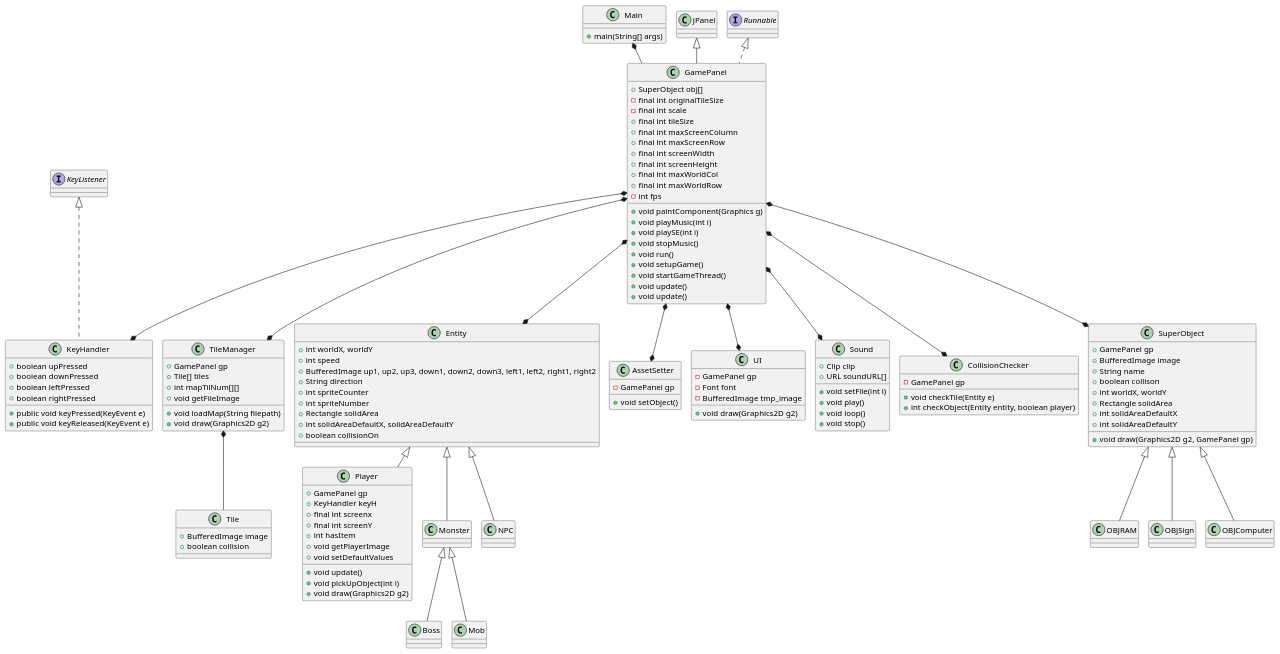
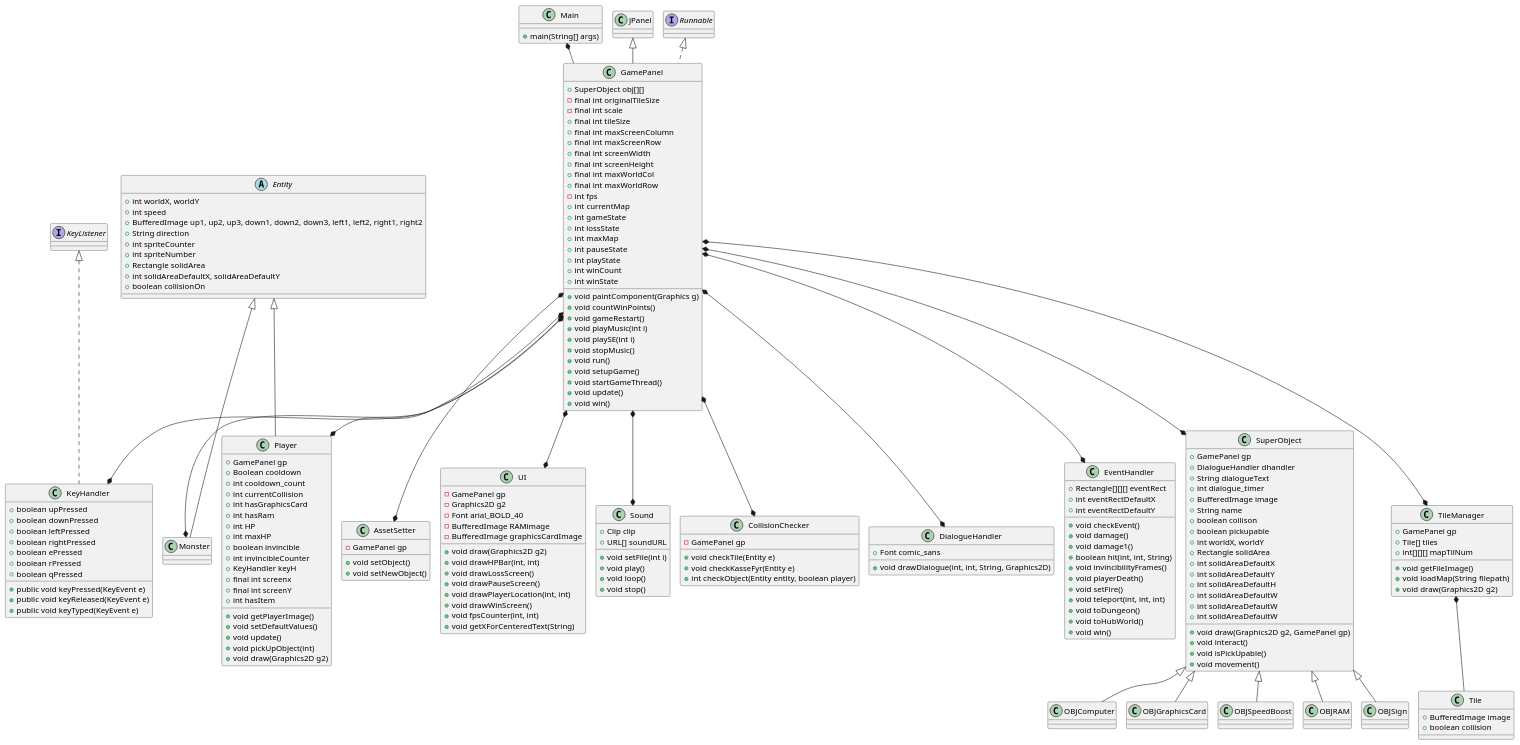
The diagram in Documentation/SP4classDiagram.puml (cph-oo221/SP4), drawn with PlantUML before and after one commit. The commit also changed 2 other files, not shown here.

```diff
--- a/Documentation/SP4classDiagram.puml
+++ b/Documentation/SP4classDiagram.puml
@@ -1,131 +1,198 @@
 @startuml
 'https://plantuml.com/class-diagram
 !pragma layout smetana
 
 class Main
 class GamePanel extends JPanel implements Runnable
 
 class Tile
 class TileManager
 
 class KeyHandler implements KeyListener
 
-class Entity
+abstract class Entity
 class Player extends Entity
 class Monster extends Entity
-class NPC extends Entity
-class Boss extends Monster
-class Mob extends Monster
 class AssetSetter
 class UI
 class Sound
 class CollisionChecker
+class DialogueHandler
+class EventHandler
 
 class SuperObject
 class OBJRAM extends SuperObject
 class OBJSign extends SuperObject
 class OBJComputer extends SuperObject
+class OBJGraphicsCard extends SuperObject
+class OBJSpeedBoost extends SuperObject
 
 Main *-- GamePanel
 GamePanel *--* TileManager
-GamePanel *--* Entity
+GamePanel *--* Monster
 GamePanel *--* SuperObject
 GamePanel *--* KeyHandler
 GamePanel *--* AssetSetter
 GamePanel *--* UI
 GamePanel *--* Sound
 GamePanel *--* CollisionChecker
+GamePanel *--* EventHandler
 TileManager *-- Tile
+GamePanel *--* DialogueHandler
+GamePanel *--* Player
 
 Main : + main(String[] args)
 
-GamePanel : + SuperObject obj[]
+GamePanel : + SuperObject obj[][]
 GamePanel : - final int originalTileSize
 GamePanel : - final int scale
 GamePanel : + final int tileSize
 GamePanel : + final int maxScreenColumn
 GamePanel : + final int maxScreenRow
 GamePanel : + final int screenWidth
 GamePanel : + final int screenHeight
 GamePanel : + final int maxWorldCol
 GamePanel : + final int maxWorldRow
 GamePanel : - int fps
+GamePanel : + int currentMap
+GamePanel : + int gameState
+GamePanel : + int lossState
+GamePanel : + int maxMap
+GamePanel : + int pauseState
+GamePanel : + int playState
+GamePanel : + int winCount
+GamePanel : + int winState
 
 GamePanel : + void paintComponent(Graphics g)
+GamePanel : + void countWinPoints()
+GamePanel : + void gameRestart()
 GamePanel : + void playMusic(int i)
 GamePanel : + void playSE(int i)
 GamePanel : + void stopMusic()
 GamePanel : + void run()
 GamePanel : + void setupGame()
 GamePanel : + void startGameThread()
 GamePanel : + void update()
-GamePanel : + void update()
+GamePanel : + void win()
 
 AssetSetter : - GamePanel gp
 AssetSetter : + void setObject()
+AssetSetter : + void setNewObject()
 
 CollisionChecker : - GamePanel gp
 CollisionChecker : + void checkTile(Entity e)
+CollisionChecker : + void checkKasseFyr(Entity e)
 CollisionChecker : + int checkObject(Entity entity, boolean player)
+
+DialogueHandler : + void drawDialogue(int, int, String, Graphics2D)
+DialogueHandler : + Font comic_sans
+
+EventHandler : + Rectangle[][][] eventRect
+EventHandler : + int eventRectDefaultX
+EventHandler : + int eventRectDefaultY
+EventHandler : + void checkEvent()
+EventHandler : + void damage()
+EventHandler : + void damage1()
+EventHandler : + boolean hit(int, int, String)
+EventHandler : + void invincibilityFrames()
+EventHandler : + void playerDeath()
+EventHandler : + void setFire()
+EventHandler : + void teleport(int, int, int)
+EventHandler : + void toDungeon()
+EventHandler : + void toHubWorld()
+EventHandler : + void win()
 
 KeyHandler : + boolean upPressed
 KeyHandler : + boolean downPressed
 KeyHandler : + boolean leftPressed
 KeyHandler : + boolean rightPressed
+KeyHandler : + boolean ePressed
+KeyHandler : + boolean rPressed
+KeyHandler : + boolean qPressed
 KeyHandler : + public void keyPressed(KeyEvent e)
 KeyHandler : + public void keyReleased(KeyEvent e)
+KeyHandler : + public void keyTyped(KeyEvent e)
 
 Sound : + Clip clip
-Sound : + URL soundURL[]
+Sound : + URL[] soundURL
 Sound : + void setFile(int i)
 Sound : + void play()
 Sound : + void loop()
 Sound : + void stop()
 
 UI : - GamePanel gp
-UI : - Font font
-UI : - BufferedImage tmp_image
+UI : - Graphics2D g2
+UI : - Font arial_BOLD_40
+UI : - BufferedImage RAMimage
+UI : - BufferedImage graphicsCardImage
 UI : + void draw(Graphics2D g2)
+UI : + void drawHPBar(int, int)
+UI : + void drawLossScreen()
+UI : + void drawPauseScreen()
+UI : + void drawPlayerLocation(int, int)
+UI : + void drawWinScreen()
+UI : + void fpsCounter(int, int)
+UI : + void getXForCenteredText(String)
 
 Entity : + int worldX, worldY
 Entity : + int speed
 Entity : + BufferedImage up1, up2, up3, down1, down2, down3, left1, left2, right1, right2
 Entity : + String direction
 Entity : + int spriteCounter
 Entity : + int spriteNumber
 Entity : + Rectangle solidArea
 Entity : + int solidAreaDefaultX, solidAreaDefaultY
 Entity : + boolean collisionOn
 
 Player : + GamePanel gp
+Player : + Boolean cooldown
+Player : + int cooldown_count
+Player : + int currentCollision
+Player : + int hasGraphicsCard
+Player : + int hasRam
+Player : + int HP
+Player : + int maxHP
+Player : + boolean invincible
+Player : + int invincibleCounter
 Player : + KeyHandler keyH
 Player : + final int screenx
 Player : + final int screenY
 Player : + int hasItem
-Player : + void getPlayerImage
-Player : + void setDefaultValues
+Player : + void getPlayerImage()
+Player : + void setDefaultValues()
 Player : + void update()
-Player : + void pickUpObject(int i)
+Player : + void pickUpObject(int)
 Player : + void draw(Graphics2D g2)
 
 TileManager : + GamePanel gp
 TileManager : + Tile[] tiles
-TileManager : + int mapTilNum[][]
-TileManager : + void getFileImage
+TileManager : + int[][][] mapTilNum
+TileManager : + void getFileImage()
 TileManager : + void loadMap(String filepath)
 TileManager : + void draw(Graphics2D g2)
 
 Tile : + BufferedImage image
 Tile : + boolean collision
 
 SuperObject : + GamePanel gp
+SuperObject : + DialogueHandler dhandler
+SuperObject : + String dialogueText
+SuperObject : + int dialogue_timer
 SuperObject : + BufferedImage image
 SuperObject : + String name
 SuperObject : + boolean collison
+SuperObject : + boolean pickupable
 SuperObject : + int worldX, worldY
 SuperObject : + Rectangle solidArea
 SuperObject : + int solidAreaDefaultX
 SuperObject : + int solidAreaDefaultY
+SuperObject : + int solidAreaDefaultH
+SuperObject : + int solidAreaDefaultW
+SuperObject : + int solidAreaDefaultW
+SuperObject : + int solidAreaDefaultW
 SuperObject : + void draw(Graphics2D g2, GamePanel gp)
+SuperObject : + void interact()
+SuperObject : + void isPickUpable()
+SuperObject : + void movement()
 
 @enduml
```
